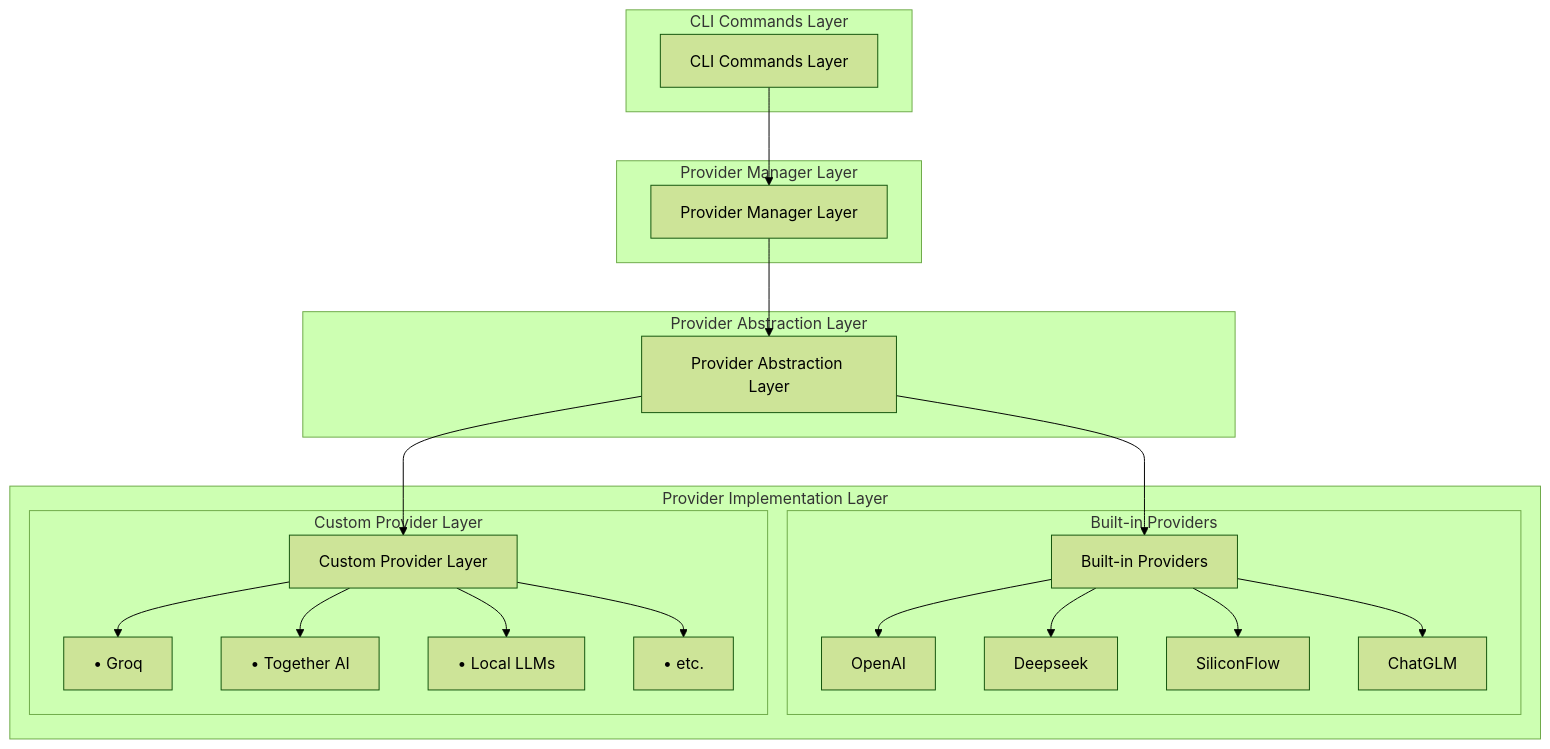
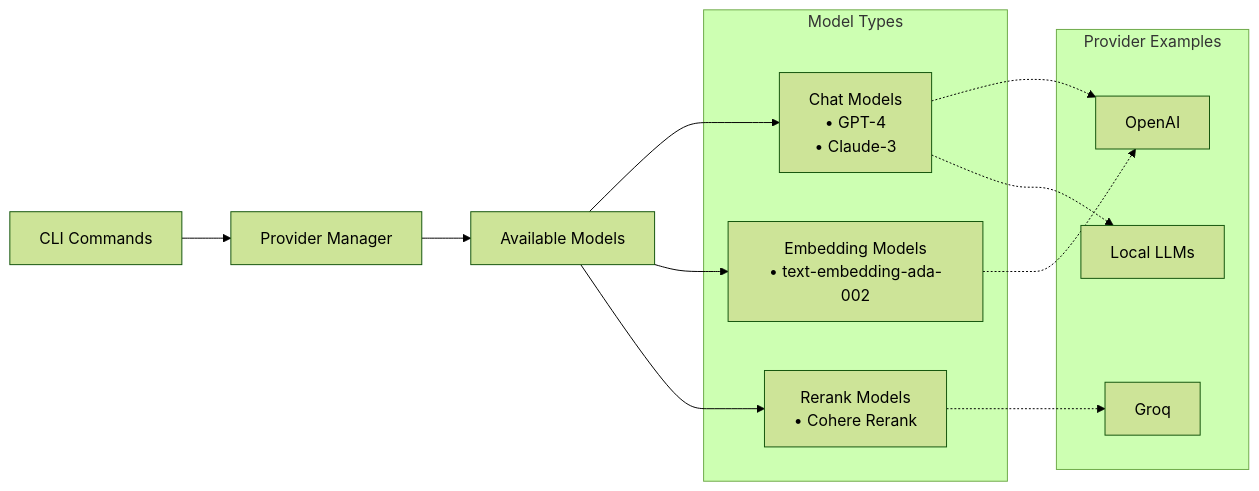
Before and after one commit to phona/learning-catalyst: the second of 2 diagrams in docs/technical/system-architecture/provider-integration.md, drawn with Mermaid (forest theme). The commit also changed other lines of this file and 19 other files, not shown here.

````diff
--- a/docs/technical/system-architecture/provider-integration.md
+++ b/docs/technical/system-architecture/provider-integration.md
@@ -153,45 +81,26 @@
 ```mermaid
-graph TB
-    subgraph "CLI Commands Layer"
-        CLI[CLI Commands Layer]
+graph LR
+    CLI[CLI Commands] --> Provider[Provider Manager]
+    Provider --> Models[Available Models]
+
+    subgraph "Model Types"
+        Chat[Chat Models<br>• GPT-4<br>• Claude-3]
+        Embed[Embedding Models<br>• text-embedding-ada-002]
+        Rerank[Rerank Models<br>• Cohere Rerank]
     end
 
-    subgraph "Provider Manager Layer"
-        PM[Provider Manager Layer]
+    Models --> Chat
+    Models --> Embed
+    Models --> Rerank
+
+    subgraph "Provider Examples"
+        OpenAI[OpenAI]
+        Groq[Groq]
+        Local[Local LLMs]
     end
 
-    subgraph "Provider Abstraction Layer"
-        PA[Provider Abstraction Layer]
-    end
-
-    subgraph "Provider Implementation Layer"
-        subgraph "Built-in Providers"
-            BIP[Built-in Providers]
-            OpenAI[OpenAI]
-            Deepseek[Deepseek]
-            SiliconFlow[SiliconFlow]
-            ChatGLM[ChatGLM]
-        end
-
-        subgraph "Custom Provider Layer"
-            CPL[Custom Provider Layer]
-            Groq[• Groq]
-            TogetherAI[• Together AI]
-            LocalLLMs[• Local LLMs]
-            Others[• etc.]
-        end
-    end
-
-    CLI --> PM
-    PM --> PA
-    PA --> BIP
-    PA --> CPL
-    BIP --> OpenAI
-    BIP --> Deepseek
-    BIP --> SiliconFlow
-    BIP --> ChatGLM
-    CPL --> Groq
-    CPL --> TogetherAI
-    CPL --> LocalLLMs
-    CPL --> Others
+    Chat -.-> OpenAI
+    Embed -.-> OpenAI
+    Rerank -.-> Groq
+    Chat -.-> Local
 ```
````
